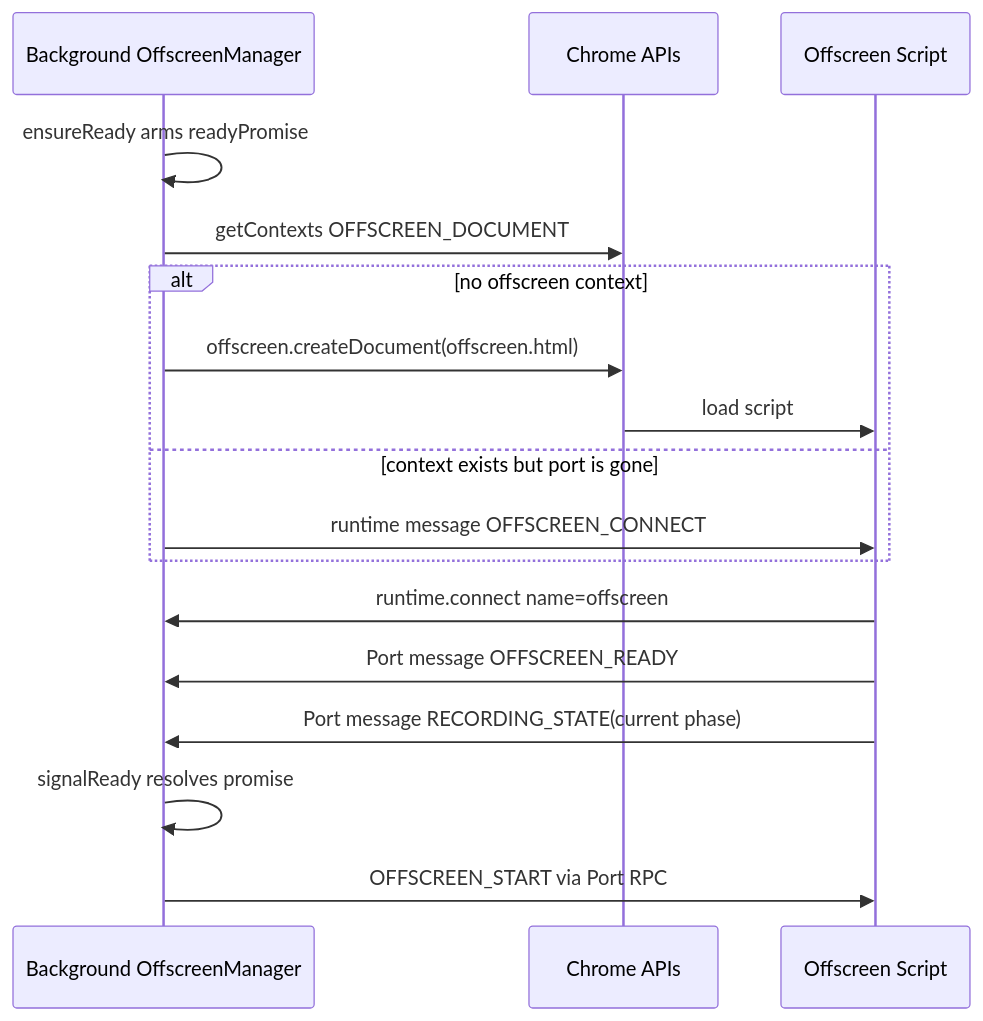
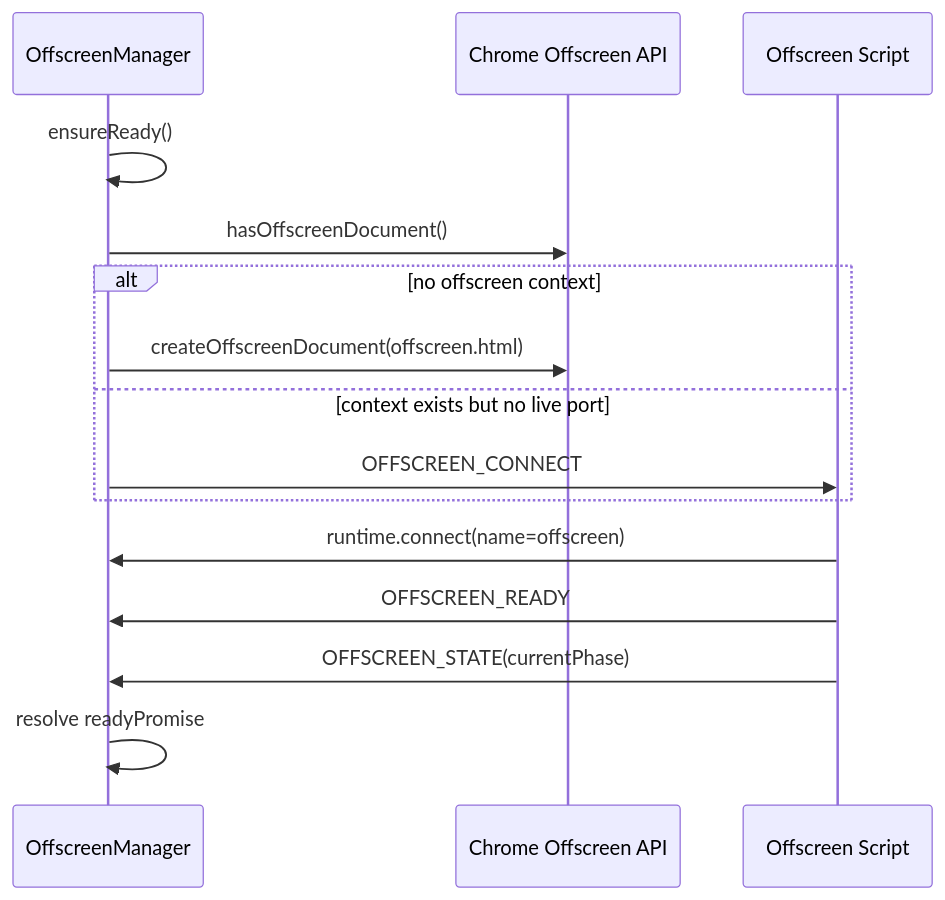
Before and after one commit to kstroevsky/chrome-meeting-recording-extension: the fifth of 10 diagrams in Documentation.md, drawn with Mermaid. The commit also changed other lines of this file, not shown here.

Commit message:
Docs: Update Documentation.md with new architecture approach

````diff
--- a/Documentation.md
+++ b/Documentation.md
@@ -224,22 +543,20 @@
 ```mermaid
 sequenceDiagram
-    participant B as Background OffscreenManager
-    participant API as Chrome APIs
+    participant B as OffscreenManager
+    participant API as Chrome Offscreen API
     participant O as Offscreen Script
 
-    B->>B: ensureReady arms readyPromise
-    B->>API: getContexts OFFSCREEN_DOCUMENT
+    B->>B: ensureReady()
+    B->>API: hasOffscreenDocument()
 
     alt no offscreen context
-        B->>API: offscreen.createDocument(offscreen.html)
-        API->>O: load script
-    else context exists but port is gone
-        B->>O: runtime message OFFSCREEN_CONNECT
+        B->>API: createOffscreenDocument(offscreen.html)
+    else context exists but no live port
+        B->>O: OFFSCREEN_CONNECT
     end
 
-    O->>B: runtime.connect name=offscreen
-    O->>B: Port message OFFSCREEN_READY
-    O->>B: Port message RECORDING_STATE(current phase)
-    B->>B: signalReady resolves promise
-    B->>O: OFFSCREEN_START via Port RPC
+    O->>B: runtime.connect(name=offscreen)
+    O->>B: OFFSCREEN_READY
+    O->>B: OFFSCREEN_STATE(currentPhase)
+    B->>B: resolve readyPromise
 ```
````
